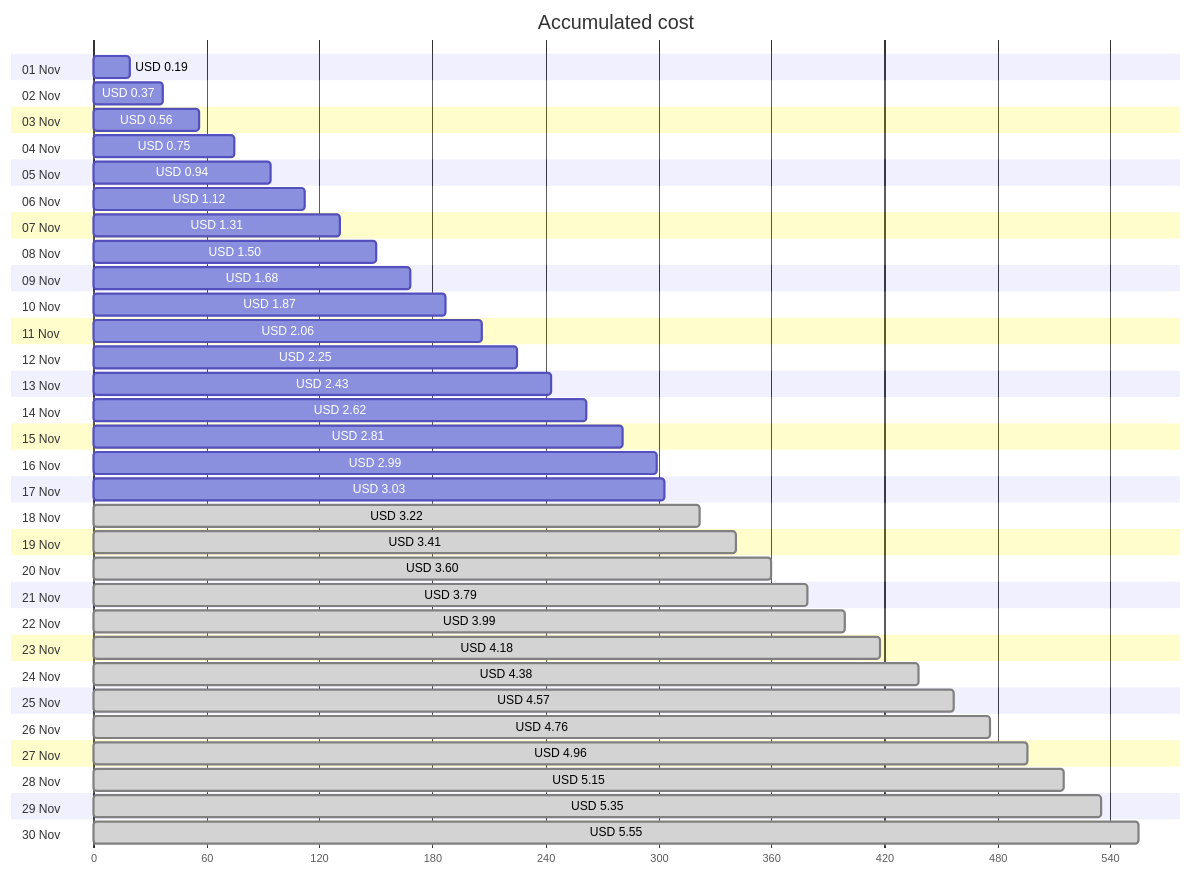
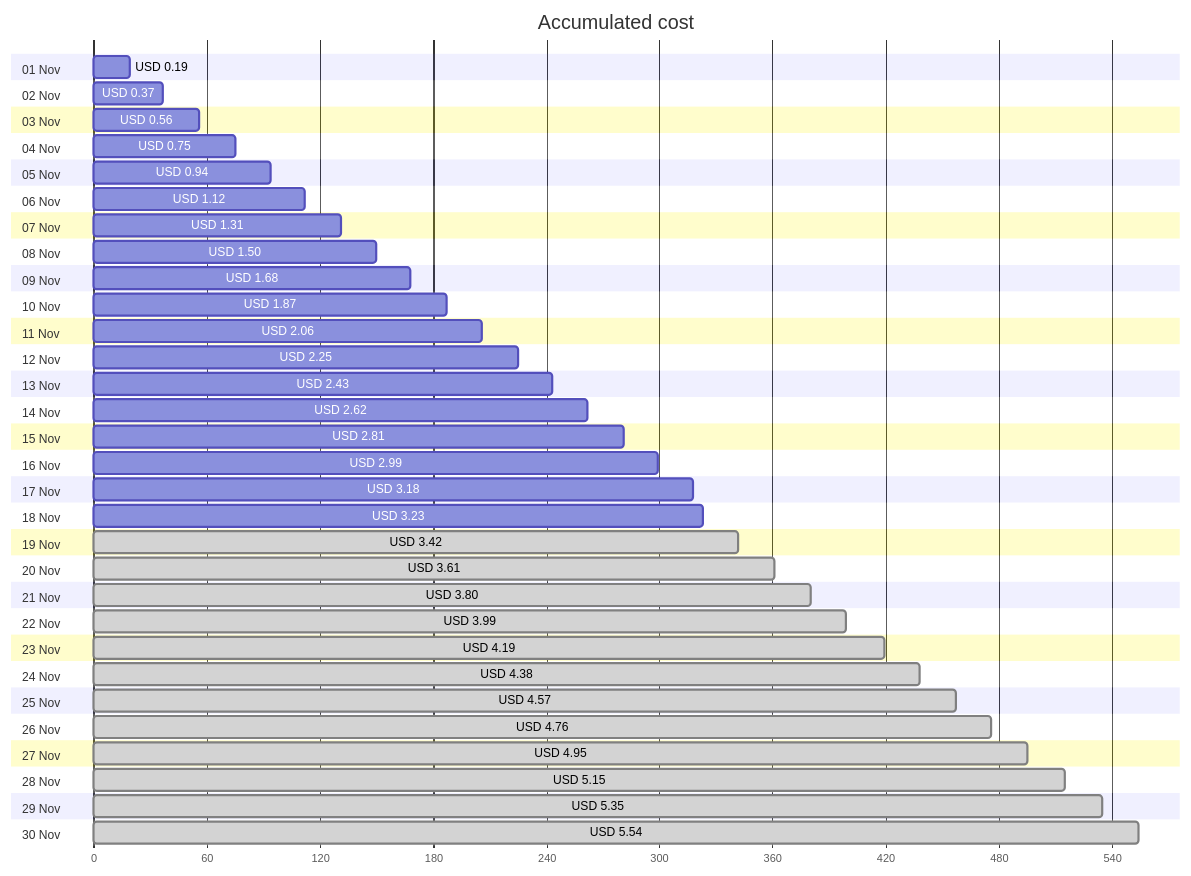
The first of 4 diagrams in cost-reports/personal-network/backup-server.md (jpfulton/azure-personal-reports), drawn with Mermaid before and after one commit. The commit also changed other lines of this file and 8 other files, not shown here.

````diff
--- a/cost-reports/personal-network/backup-server.md
+++ b/cost-reports/personal-network/backup-server.md
@@ -20,66 +20,66 @@
 ```mermaid
 gantt
    title Accumulated cost
    dateFormat  X
    axisFormat %s
    section 01 Nov
    USD 0.19 :0, 19
    section 02 Nov
    USD 0.37 :0, 37
    section 03 Nov
    USD 0.56 :0, 56
    section 04 Nov
    USD 0.75 :0, 75
    section 05 Nov
    USD 0.94 :0, 94
    section 06 Nov
    USD 1.12 :0, 112
    section 07 Nov
    USD 1.31 :0, 131
    section 08 Nov
    USD 1.50 :0, 150
    section 09 Nov
    USD 1.68 :0, 168
    section 10 Nov
    USD 1.87 :0, 187
    section 11 Nov
    USD 2.06 :0, 206
    section 12 Nov
    USD 2.25 :0, 225
    section 13 Nov
    USD 2.43 :0, 243
    section 14 Nov
    USD 2.62 :0, 262
    section 15 Nov
    USD 2.81 :0, 281
    section 16 Nov
    USD 2.99 :0, 299
    section 17 Nov
-   USD 3.03 :0, 303
+   USD 3.18 :0, 318
    section 18 Nov
-   USD 3.22 : done, 0, 322
+   USD 3.23 :0, 323
    section 19 Nov
-   USD 3.41 : done, 0, 341
+   USD 3.42 : done, 0, 342
    section 20 Nov
-   USD 3.60 : done, 0, 360
+   USD 3.61 : done, 0, 361
    section 21 Nov
-   USD 3.79 : done, 0, 379
+   USD 3.80 : done, 0, 380
    section 22 Nov
    USD 3.99 : done, 0, 399
    section 23 Nov
-   USD 4.18 : done, 0, 418
+   USD 4.19 : done, 0, 419
    section 24 Nov
    USD 4.38 : done, 0, 438
    section 25 Nov
    USD 4.57 : done, 0, 457
    section 26 Nov
    USD 4.76 : done, 0, 476
    section 27 Nov
-   USD 4.96 : done, 0, 496
+   USD 4.95 : done, 0, 495
    section 28 Nov
    USD 5.15 : done, 0, 515
    section 29 Nov
    USD 5.35 : done, 0, 535
    section 30 Nov
-   USD 5.55 : done, 0, 555
+   USD 5.54 : done, 0, 554
 ```
````
